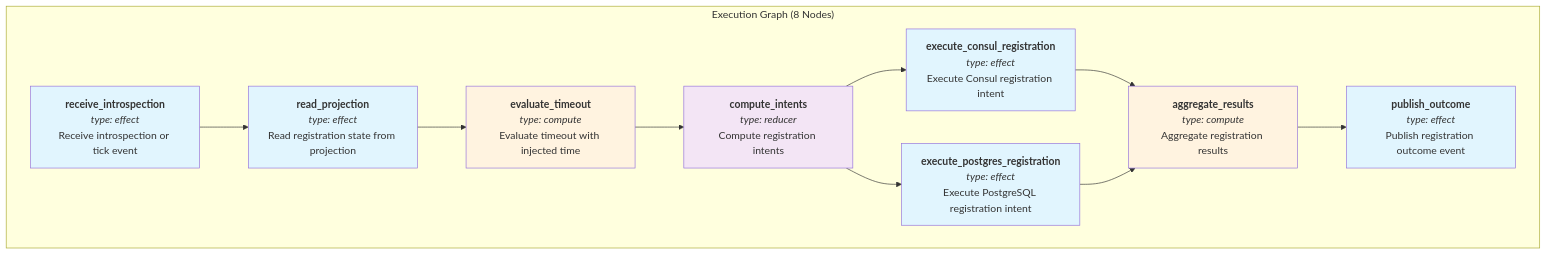
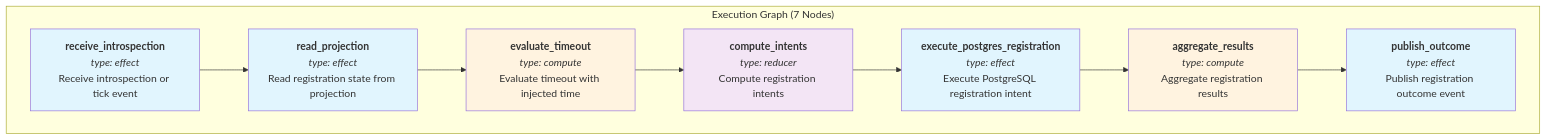
The second of 7 diagrams in src/omnibase_infra/nodes/node_registration_orchestrator/README.md (OmniNode-ai/omnibase_infra), drawn with Mermaid before and after one commit. The commit also changed other lines of this file and 7 other files, not shown here.

````diff
--- a/src/omnibase_infra/nodes/node_registration_orchestrator/README.md
+++ b/src/omnibase_infra/nodes/node_registration_orchestrator/README.md
@@ -85,31 +80,27 @@
 ```mermaid
 flowchart TD
-    subgraph ExecutionGraph["Execution Graph (8 Nodes)"]
+    subgraph ExecutionGraph["Execution Graph (7 Nodes)"]
         N1["<b>receive_introspection</b><br/><i>type: effect</i><br/>Receive introspection or tick event"]
         N2["<b>read_projection</b><br/><i>type: effect</i><br/>Read registration state from projection"]
         N3["<b>evaluate_timeout</b><br/><i>type: compute</i><br/>Evaluate timeout with injected time"]
         N4["<b>compute_intents</b><br/><i>type: reducer</i><br/>Compute registration intents"]
-        N5["<b>execute_consul_registration</b><br/><i>type: effect</i><br/>Execute Consul registration intent"]
         N6["<b>execute_postgres_registration</b><br/><i>type: effect</i><br/>Execute PostgreSQL registration intent"]
         N7["<b>aggregate_results</b><br/><i>type: compute</i><br/>Aggregate registration results"]
         N8["<b>publish_outcome</b><br/><i>type: effect</i><br/>Publish registration outcome event"]
     end
 
     N1 --> N2
     N2 --> N3
     N3 --> N4
-    N4 --> N5
     N4 --> N6
-    N5 --> N7
     N6 --> N7
     N7 --> N8
 
     style N1 fill:#e1f5fe
     style N2 fill:#e1f5fe
     style N3 fill:#fff3e0
     style N4 fill:#f3e5f5
-    style N5 fill:#e1f5fe
     style N6 fill:#e1f5fe
     style N7 fill:#fff3e0
     style N8 fill:#e1f5fe
 ```
````
